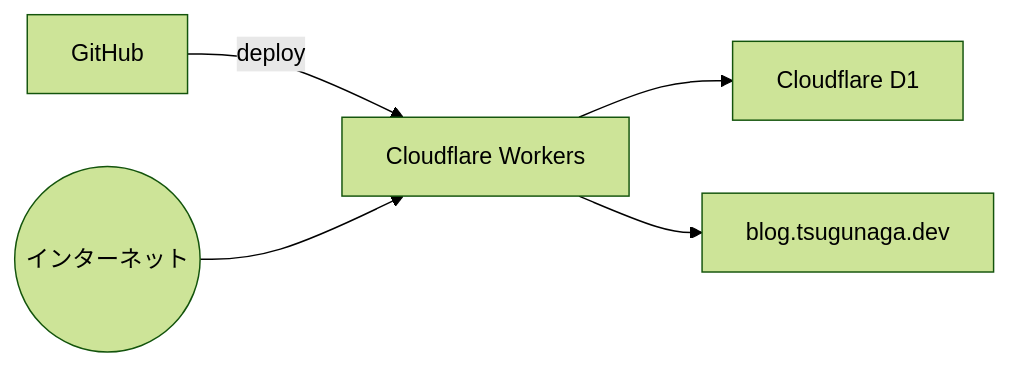
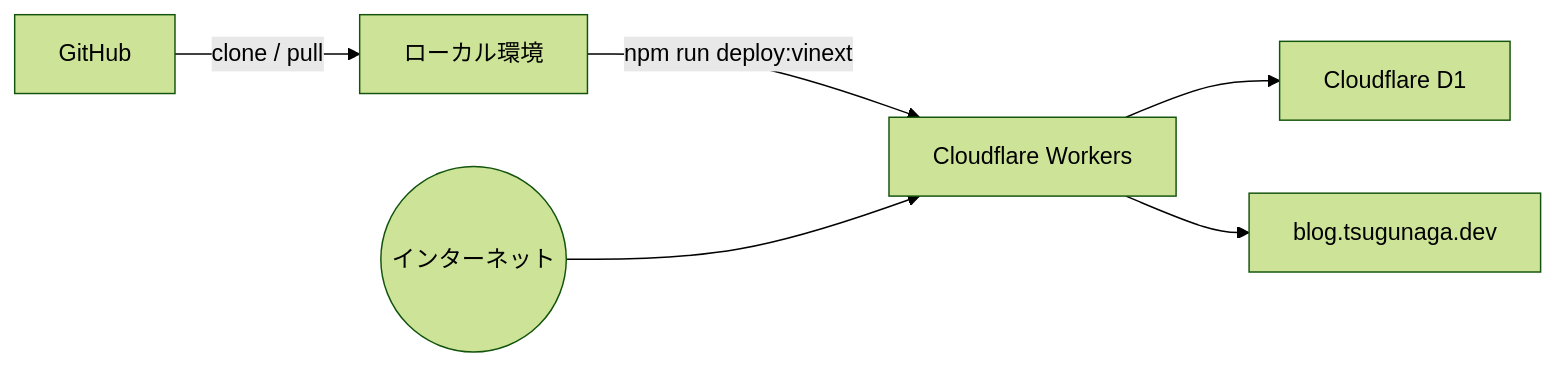
Before and after one commit to tsugunaga-46/my-blog: the diagram in README.md, drawn with Mermaid (forest theme). The commit also changed other lines of this file, not shown here.

Commit message:
Document Workers Route deployment

````diff
--- a/README.md
+++ b/README.md
@@ -11,7 +11,8 @@
 ```mermaid
 flowchart LR
-    A[GitHub] -->|deploy| B[Cloudflare Workers]
-    B --> C[Cloudflare D1]
-    D((インターネット)) --> B
-    B --> E[blog.tsugunaga.dev]
+    A[GitHub] -->|clone / pull| B[ローカル環境]
+    B -->|npm run deploy:vinext| C[Cloudflare Workers]
+    C --> D[Cloudflare D1]
+    E((インターネット)) --> C
+    C --> F[blog.tsugunaga.dev]
 ```
````
